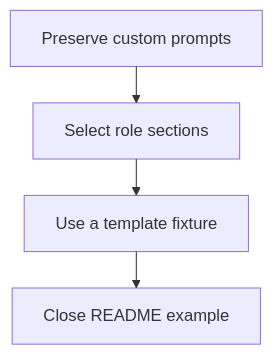
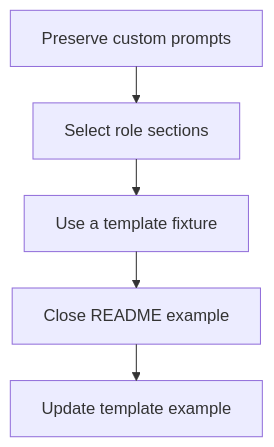
Before and after one commit to n-r-w/pi-agent-suite: the diagram in docs/specs/features/system-prompt-agent-type/plan.md, drawn with Mermaid. The commit also changed other lines of this file and 3 other files, not shown here.

Commit message:
docs(system-prompt): show role sections in template example

````diff
--- a/docs/specs/features/system-prompt-agent-type/plan.md
+++ b/docs/specs/features/system-prompt-agent-type/plan.md
@@ -26,13 +26,14 @@
 ```mermaid
 ---
 config:
   layout: elk
   flowchart:
     wrappingWidth: 700
     htmlLabels: true
 ---
 flowchart TD
     U1["`Preserve custom prompts`"] --> U2["`Select role sections`"]
     U2 --> U3["`Use a template fixture`"]
     U3 --> U4["`Close README example`"]
+    U4 --> U5["`Update template example`"]
 ```
````
